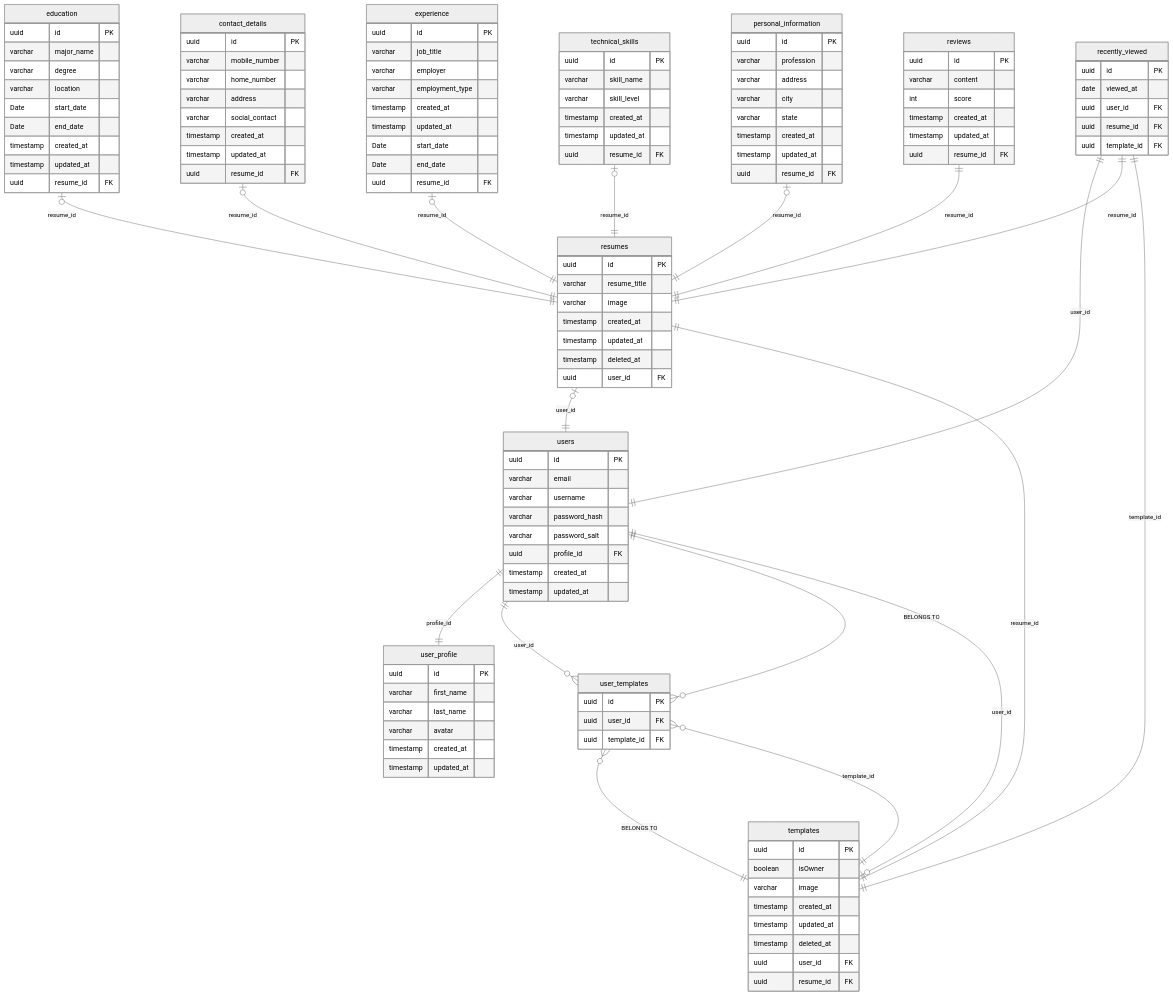
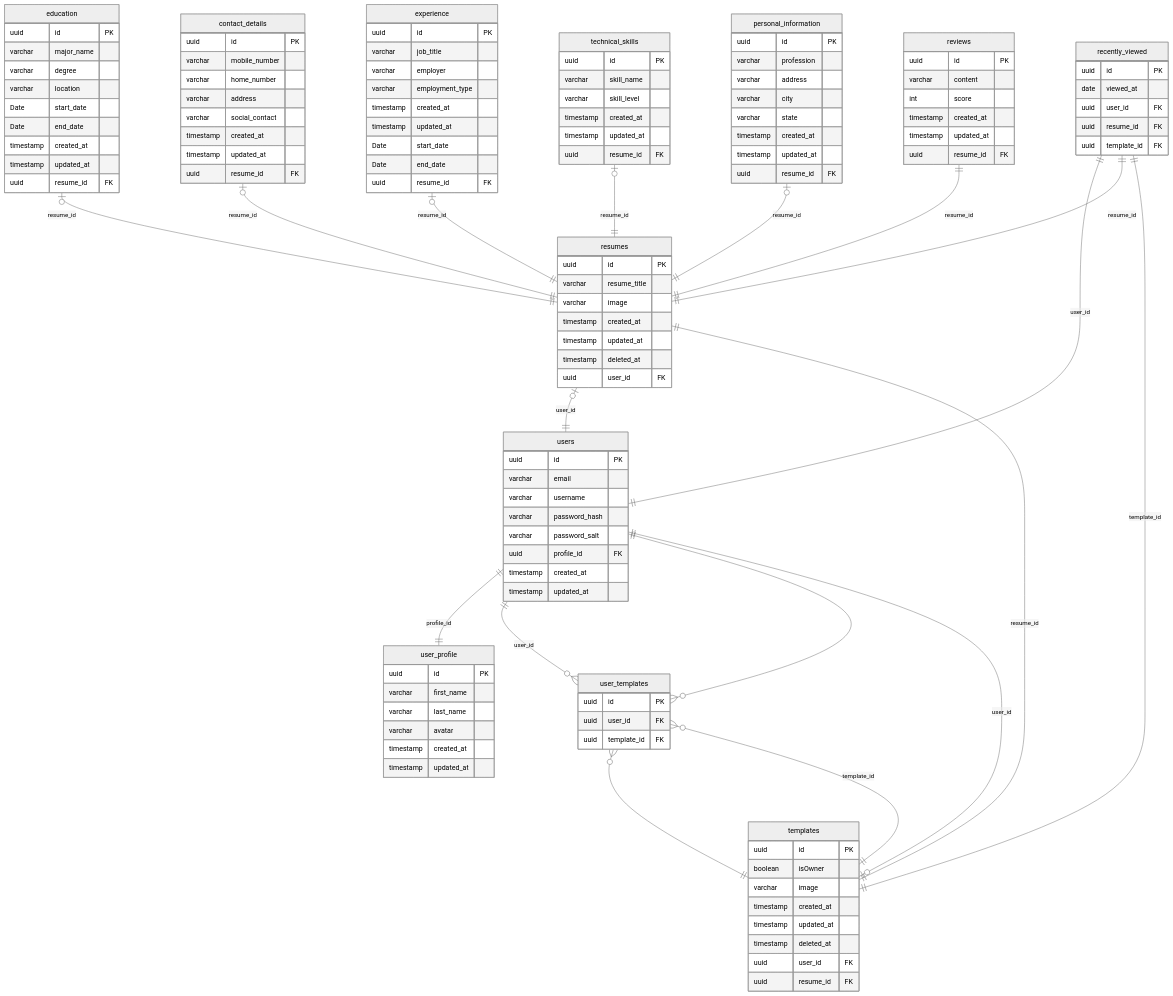
Before and after one commit to BinaryStudioAcademy/bsa-winter-2023-2024-resumegemm: the diagram in readme.md, drawn with Mermaid (neutral theme).

Commit message:
rg-5: * Changed mermaid diagram

````diff
--- a/readme.md
+++ b/readme.md
@@ -166,6 +166,6 @@
     recently_viewed ||--|| templates: template_id
     users ||--o{ user_templates : "user_id"
     templates ||--o{ user_templates : "template_id"
-    user_templates }o--|| users : "BELONGS TO"
-    user_templates }o--|| templates : "BELONGS TO"
+    user_templates }o--|| users : ""
+    user_templates }o--|| templates : ""
 ```
````
